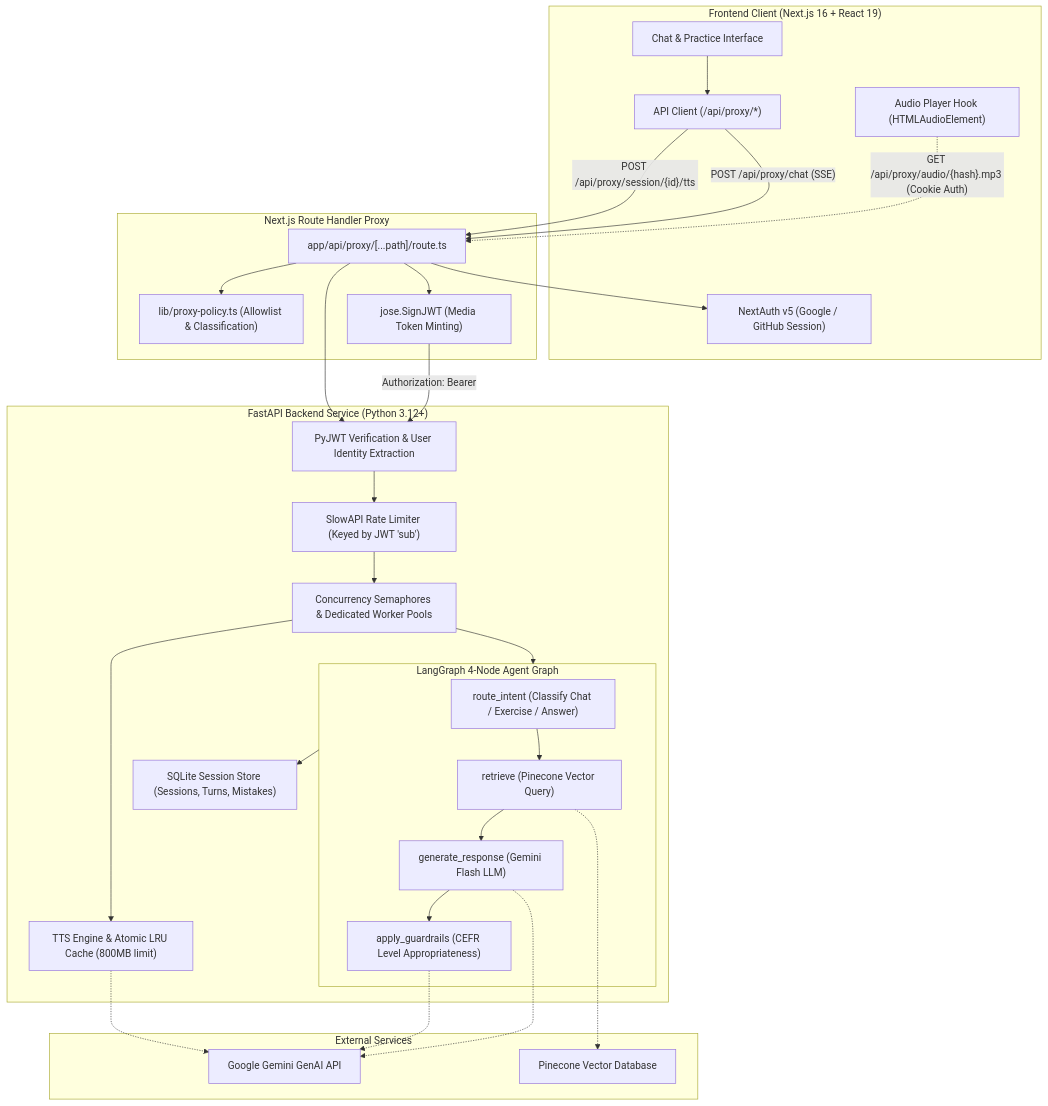
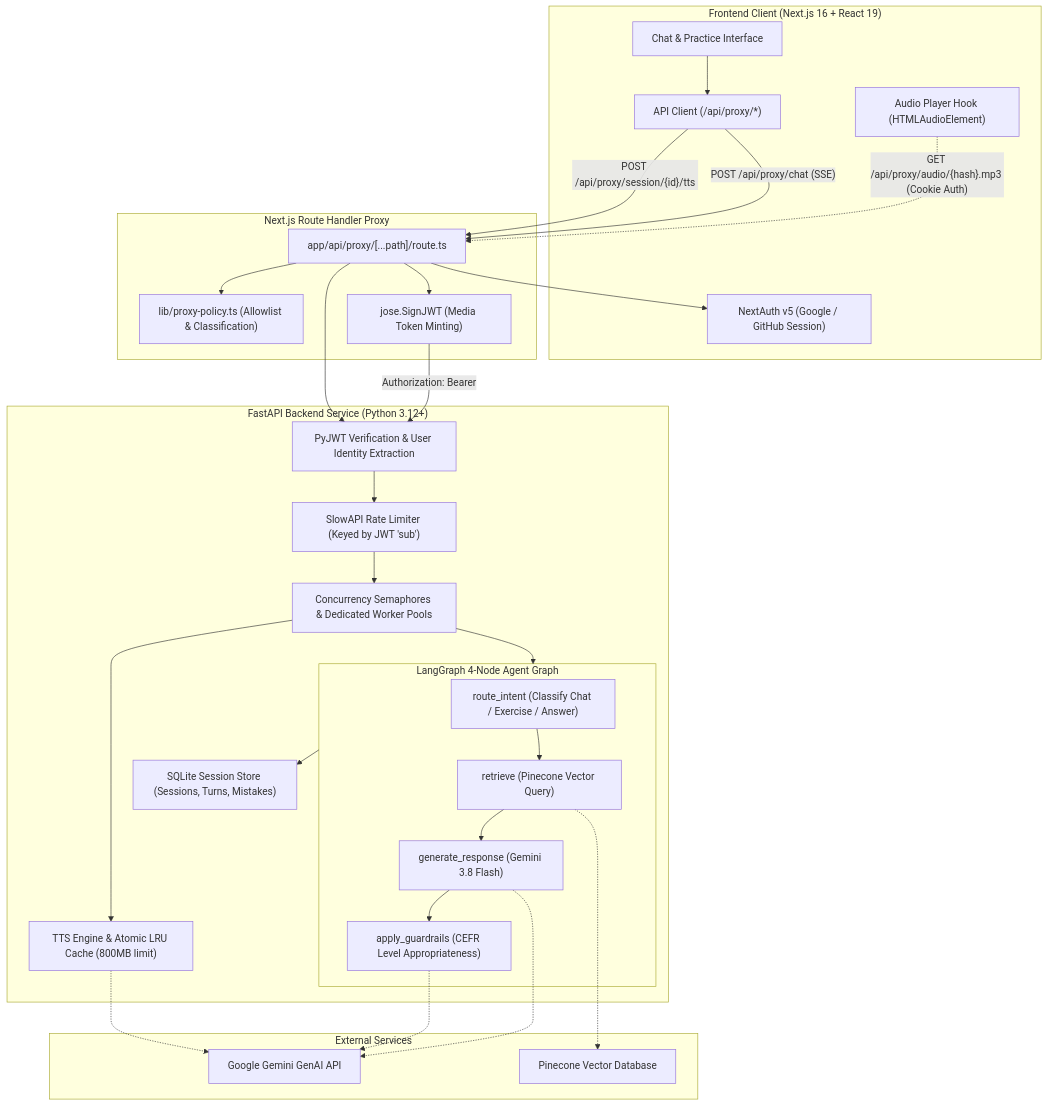
One commit to NationsAnarchy/language-tutor-assistant-backend changed the first of 3 diagrams in SPEC.md. Above: the diagram before and after it, drawn with Mermaid. The commit also changed other lines of this file and 4 other files, not shown here.

Commit message:
feat(models): upgrade core LLM to gemini-3.8-flash and TTS to gemini-3.8-flash-tts

````diff
--- a/SPEC.md
+++ b/SPEC.md
@@ -27,63 +27,63 @@
 ```mermaid
 flowchart TD
     subgraph Client["Frontend Client (Next.js 16 + React 19)"]
         UI["Chat & Practice Interface"]
         Audio["Audio Player Hook (HTMLAudioElement)"]
         ProxyClient["API Client (/api/proxy/*)"]
         NextAuth["NextAuth v5 (Google / GitHub Session)"]
     end
 
     subgraph Edge["Next.js Route Handler Proxy"]
         Proxy["app/api/proxy/[...path]/route.ts"]
         Policy["lib/proxy-policy.ts (Allowlist & Classification)"]
         JWTMinter["jose.SignJWT (Media Token Minting)"]
     end
 
     subgraph Backend["FastAPI Backend Service (Python 3.12+)"]
         AuthMiddleware["PyJWT Verification & User Identity Extraction"]
         Limiter["SlowAPI Rate Limiter (Keyed by JWT 'sub')"]
         Semaphores["Concurrency Semaphores & Dedicated Worker Pools"]
         
         subgraph Agent["LangGraph 4-Node Agent Graph"]
             RouteNode["route_intent (Classify Chat / Exercise / Answer)"]
             RAGNode["retrieve (Pinecone Vector Query)"]
-            GenNode["generate_response (Gemini Flash LLM)"]
+            GenNode["generate_response (Gemini 3.8 Flash)"]
             GuardNode["apply_guardrails (CEFR Level Appropriateness)"]
         end
         
         DB["SQLite Session Store (Sessions, Turns, Mistakes)"]
         TTS["TTS Engine & Atomic LRU Cache (800MB limit)"]
     end
 
     subgraph External["External Services"]
         Gemini["Google Gemini GenAI API"]
         Pinecone["Pinecone Vector Database"]
     end
 
     UI --> ProxyClient
     Audio -.->|"GET /api/proxy/audio/{hash}.mp3 (Cookie Auth)"| Proxy
     ProxyClient -->|"POST /api/proxy/chat (SSE)"| Proxy
     ProxyClient -->|"POST /api/proxy/session/{id}/tts"| Proxy
     
     Proxy --> Policy
     Proxy --> NextAuth
     Proxy --> JWTMinter
     JWTMinter -->|"Authorization: Bearer <minted-jwt>"| AuthMiddleware
     
     Proxy --> AuthMiddleware
     AuthMiddleware --> Limiter
     Limiter --> Semaphores
     Semaphores --> Agent
     
     RouteNode --> RAGNode
     RAGNode --> GenNode
     GenNode --> GuardNode
     
     RAGNode -.-> Pinecone
     GenNode -.-> Gemini
     GuardNode -.-> Gemini
     
     Agent --> DB
     Semaphores --> TTS
     TTS -.-> Gemini
 ```
````
